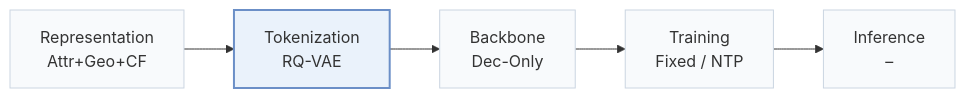
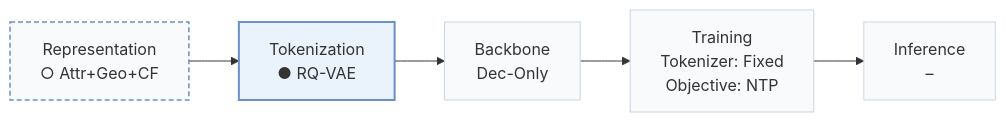
The first of 3 diagrams in pages/papers/gnpr-sid.md (Galaxy-ghost/Awesome-SID-Generative-Rec), drawn with Mermaid before and after one commit. The commit also changed other lines of this file and 558 other files, not shown here.

````diff
--- a/pages/papers/gnpr-sid.md
+++ b/pages/papers/gnpr-sid.md
@@ -15,8 +19,10 @@
 ```mermaid
 flowchart LR
-    R["Representation<br/>Attr+Geo+CF"] --> T["Tokenization<br/>RQ-VAE"] --> B["Backbone<br/>Dec-Only"] --> TR["Training<br/>Fixed / NTP"] --> I["Inference<br/>–"]
+    R["Representation<br/>○ Attr+Geo+CF"] --> T["Tokenization<br/>● RQ-VAE"] --> B["Backbone<br/>Dec-Only"] --> TR["Training<br/>Tokenizer: Fixed<br/>Objective: NTP"] --> I["Inference<br/>–"]
     classDef base fill:#f8fafc,stroke:#cbd5e1
     class R,T,B,TR,I base
+    classDef other fill:#f8fafc,stroke:#6b8fc7,stroke-width:1.5px,stroke-dasharray:5 3
+    class R other
     classDef main fill:#eaf2fb,stroke:#6b8fc7,stroke-width:2px
     class T main
 ```
````
